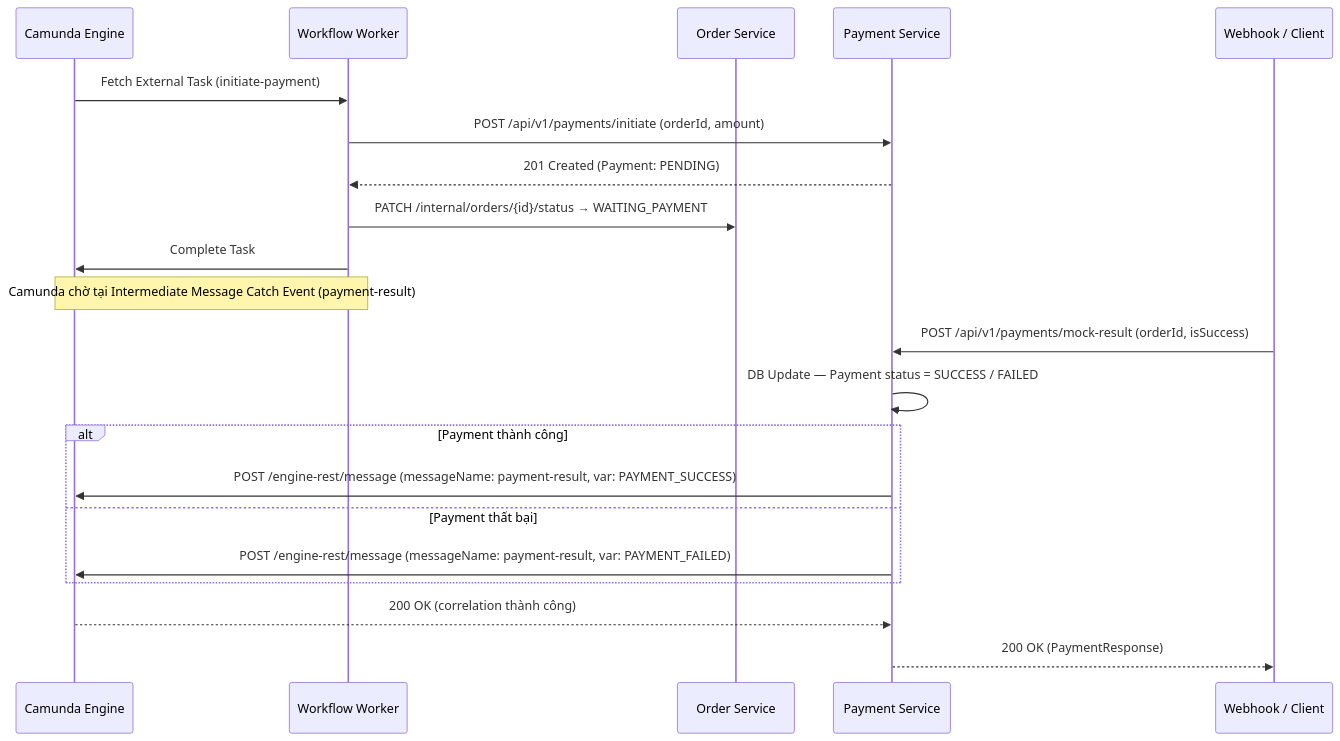
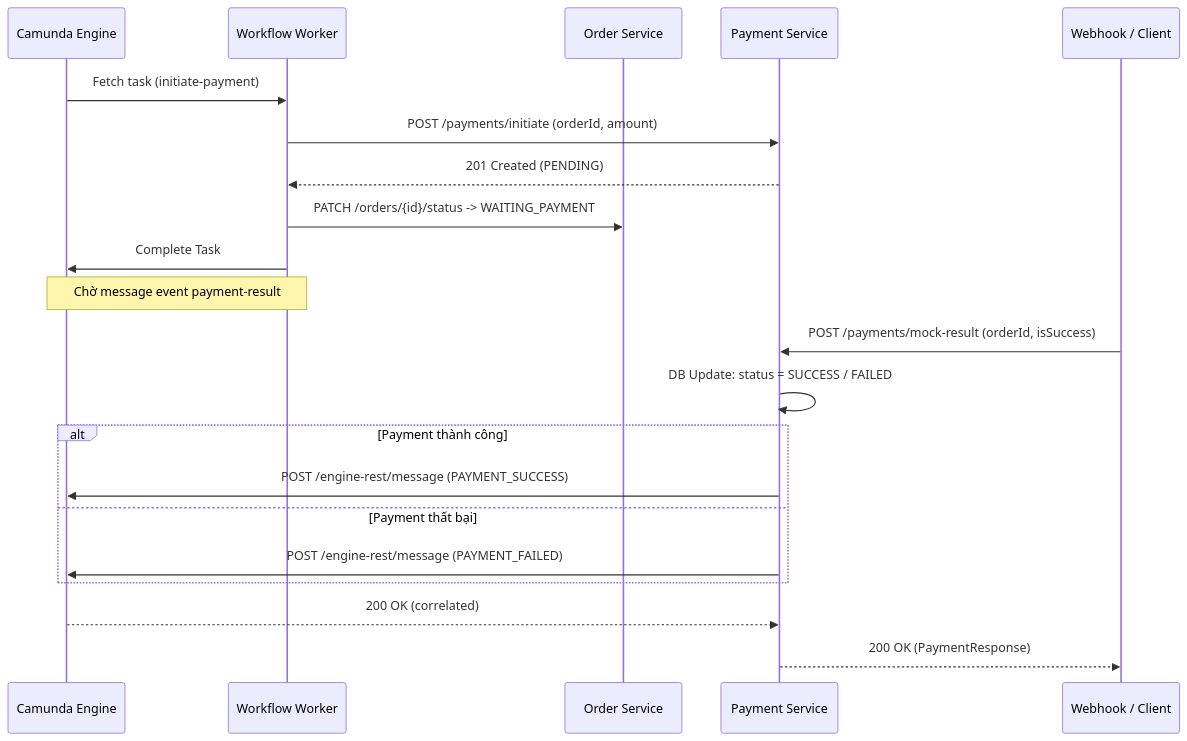
The seventh of 7 diagrams in analysis-and-design-ddd.md (baosatboiz/asd), drawn with Mermaid before and after one commit. The commit also changed other lines of this file, not shown here.

````diff
--- a/analysis-and-design-ddd.md
+++ b/analysis-and-design-ddd.md
@@ -341,26 +341,26 @@
 ```mermaid
 sequenceDiagram
     participant C as Camunda Engine
     participant W as Workflow Worker
     participant O as Order Service
     participant P as Payment Service
     participant U as Webhook / Client
 
-    C->>W: Fetch External Task (initiate-payment)
-    W->>P: POST /api/v1/payments/initiate (orderId, amount)
-    P-->>W: 201 Created (Payment: PENDING)
-    W->>O: PATCH /internal/orders/{id}/status → WAITING_PAYMENT
+    C->>W: Fetch task (initiate-payment)
+    W->>P: POST /payments/initiate (orderId, amount)
+    P-->>W: 201 Created (PENDING)
+    W->>O: PATCH /orders/{id}/status -> WAITING_PAYMENT
     W->>C: Complete Task
-    Note over C,W: Camunda chờ tại Intermediate Message Catch Event (payment-result)
+    Note over C,W: Chờ message event payment-result
 
-    U->>P: POST /api/v1/payments/mock-result (orderId, isSuccess)
-    P->>P: DB Update — Payment status = SUCCESS / FAILED
+    U->>P: POST /payments/mock-result (orderId, isSuccess)
+    P->>P: DB Update: status = SUCCESS / FAILED
 
     alt Payment thành công
-        P->>C: POST /engine-rest/message (messageName: payment-result, var: PAYMENT_SUCCESS)
+        P->>C: POST /engine-rest/message (PAYMENT_SUCCESS)
     else Payment thất bại
-        P->>C: POST /engine-rest/message (messageName: payment-result, var: PAYMENT_FAILED)
+        P->>C: POST /engine-rest/message (PAYMENT_FAILED)
     end
-    C-->>P: 200 OK (correlation thành công)
+    C-->>P: 200 OK (correlated)
     P-->>U: 200 OK (PaymentResponse)
 ```
````
